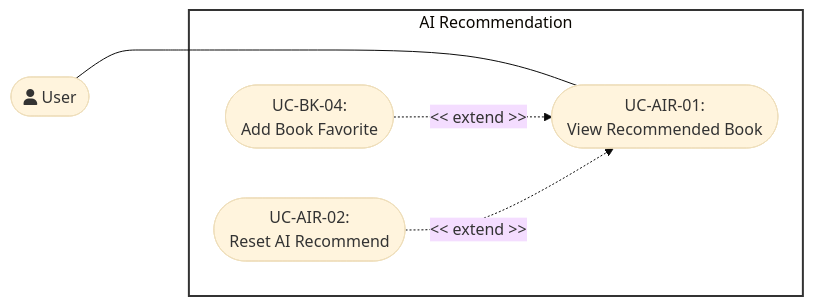
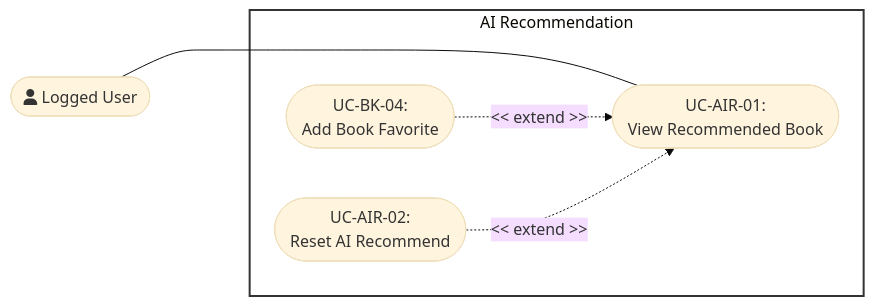
Before and after one commit to DuyNhat1705/AmeThyst-Library: the seventh of 9 diagrams in docs/management/PA3/Use-CaseDiagram.md, drawn with Mermaid (base theme). The commit also changed other lines of this file and 2 other files, not shown here.

Commit message:
update uc diagram

````diff
--- a/docs/management/PA3/Use-CaseDiagram.md
+++ b/docs/management/PA3/Use-CaseDiagram.md
@@ -313,14 +309,14 @@
 ```mermaid
 flowchart LR
  subgraph AIRecommendation["AI Recommendation"]
-        UC1(["UC-BK-04:<br>Add Book Favorite"])
-        UC2(["UC-AIR-01:<br>View Recommended Book"])
-        UC3(["UC-AIR-02:<br>Reset AI Recommend"])
+        UC1(["<center>UC-BK-04:<br>Add Book Favorite</center>"])
+        UC2(["<center>UC-AIR-01:<br>View Recommended Book</center>"])
+        UC3(["<center>UC-AIR-02:<br>Reset AI Recommend</center>"])
   end
-    ActorUser(["fa:fa-user User"]) ~~~~ AIRecommendation 
+    ActorUser(["<center>fa:fa-user Logged User</center>"]) ~~~~ AIRecommendation 
     ActorUser --- UC2
-    UC1 -. &lt;&lt; extend &gt;&gt; .-> UC2
-    UC3 -. &lt;&lt; extend &gt;&gt; .-> UC2
+    UC1 -. "<< extend >>" .-> UC2
+    UC3 -. "<< extend >>" .-> UC2
 
     style AIRecommendation fill:#fff,stroke:#333,stroke-width:2px
 ```
````
